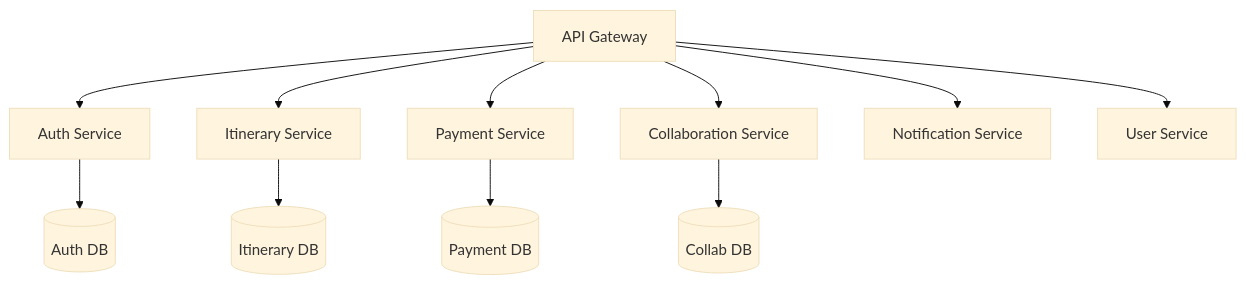
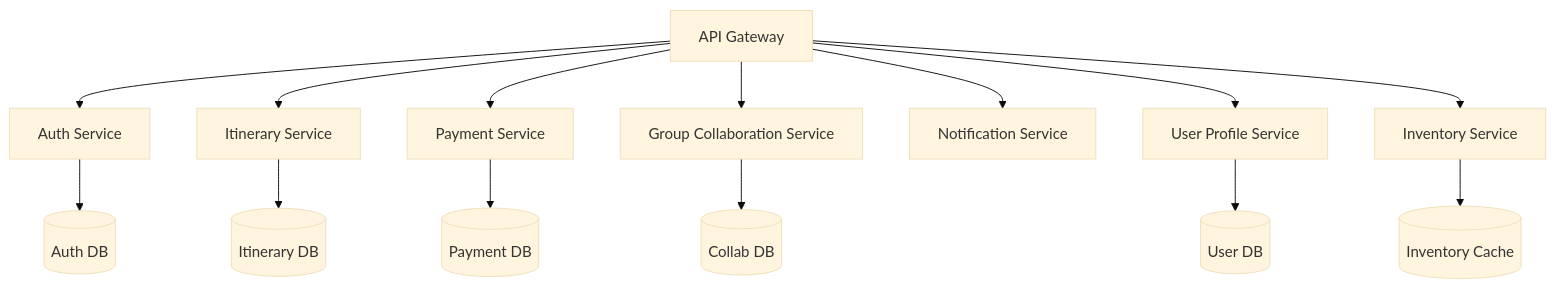
Before and after one commit to Emirxan0/holbertonschool-ai4devs: the diagram in architecture_blueprint/microservices_architecture.mmd, drawn with Mermaid (base theme).

```diff
--- a/architecture_blueprint/microservices_architecture.mmd
+++ b/architecture_blueprint/microservices_architecture.mmd
@@ -1,11 +1,14 @@
 graph TD
     A[API Gateway] --> B[Auth Service]
     A --> C[Itinerary Service]
     A --> D[Payment Service]
-    A --> E[Collaboration Service]
+    A --> E[Group Collaboration Service]
     A --> F[Notification Service]
-    A --> G[User Service]
+    A --> G[User Profile Service]
+    A --> L[Inventory Service]
     B --> H[(Auth DB)]
     C --> I[(Itinerary DB)]
     D --> J[(Payment DB)]
     E --> K[(Collab DB)]
+    G --> M[(User DB)]
+    L --> N[(Inventory Cache)]
```
